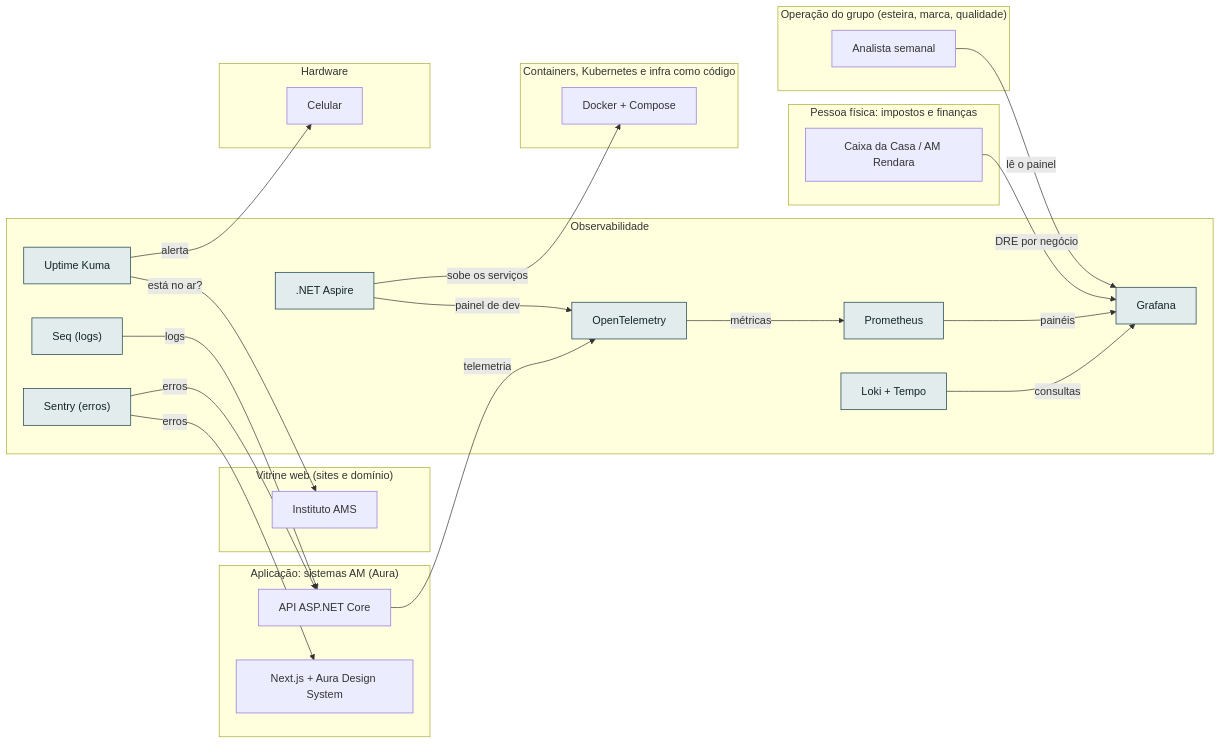
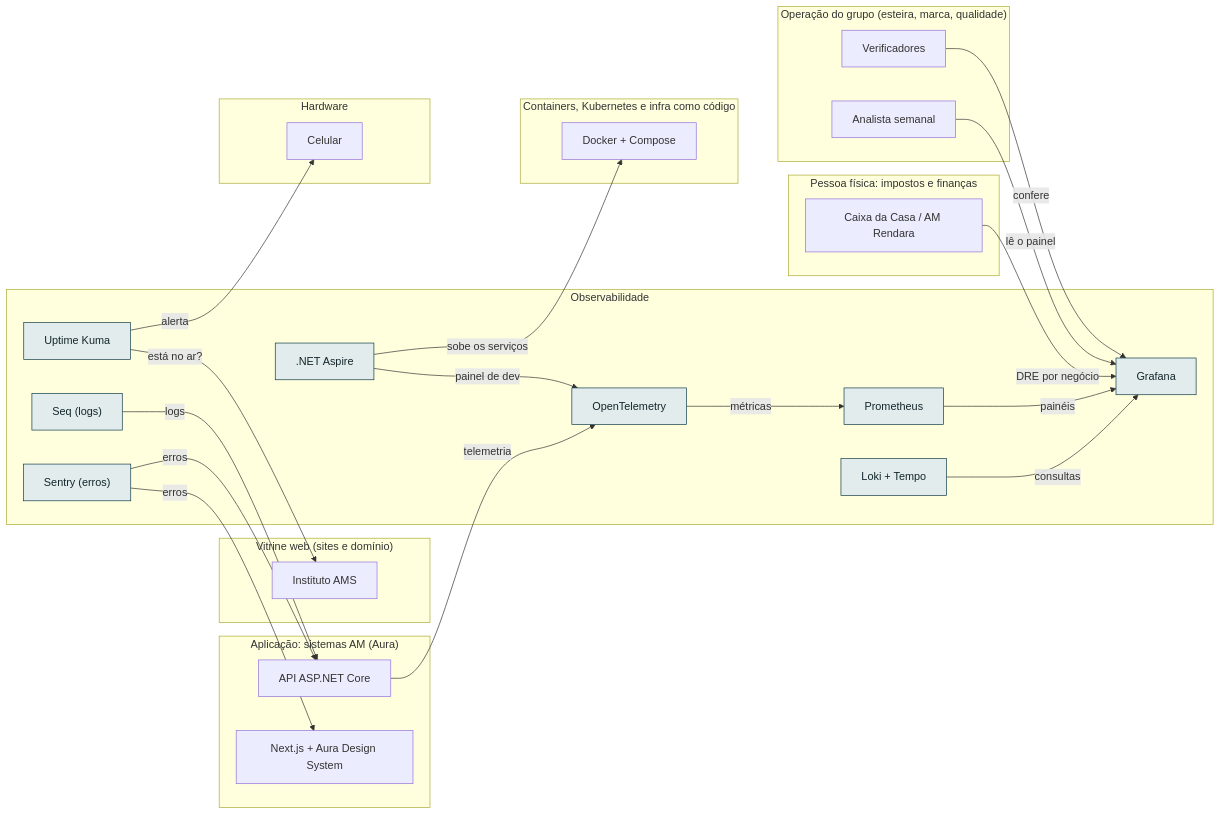
Before and after one commit to AlanMateus17/dev-setup: the diagram in docs/camadas/09-obs.md, drawn with Mermaid. The commit also changed other lines of this file and 41 other files, not shown here.

````diff
--- a/docs/camadas/09-obs.md
+++ b/docs/camadas/09-obs.md
@@ -14,47 +14,49 @@
 ```mermaid
 flowchart LR
   subgraph L_obs["Observabilidade"]
     n_sentry["Sentry (erros)"]
     n_kuma["Uptime Kuma"]
     n_seq["Seq (logs)"]
     n_loki["Loki + Tempo"]
     n_otel["OpenTelemetry"]
     n_prom["Prometheus"]
     n_graf["Grafana"]
     n_aspire[".NET Aspire"]
   end
   subgraph L_oper["Operação do grupo (esteira, marca, qualidade)"]
     n_oanal["Analista semanal"]
+    n_overif["Verificadores"]
   end
   subgraph L_emp["Pessoa física: impostos e finanças"]
     n_caixa["Caixa da Casa / AM Rendara"]
   end
   subgraph L_web["Vitrine web (sites e domínio)"]
     n_inst["Instituto AMS"]
   end
   subgraph L_app["Aplicação: sistemas AM (Aura)"]
     n_api["API ASP.NET Core"]
     n_front["Next.js + Aura Design System"]
   end
   subgraph L_cnt["Containers, Kubernetes e infra como código"]
     n_docker["Docker + Compose"]
   end
   subgraph L_hw["Hardware"]
     n_cel["Celular"]
   end
   n_sentry -->|"erros"| n_api
   n_sentry -->|"erros"| n_front
   n_kuma -->|"está no ar?"| n_inst
   n_kuma -->|"alerta"| n_cel
   n_seq -->|"logs"| n_api
   n_loki -->|"consultas"| n_graf
   n_otel -->|"métricas"| n_prom
   n_api -->|"telemetria"| n_otel
   n_aspire -->|"painel de dev"| n_otel
   n_prom -->|"painéis"| n_graf
   n_caixa -->|"DRE por negócio"| n_graf
   n_oanal -->|"lê o painel"| n_graf
+  n_overif -->|"confere"| n_graf
   n_aspire -->|"sobe os serviços"| n_docker
   classDef desta fill:#e2ecec,stroke:#0e3a45,color:#13262b
   class n_sentry,n_kuma,n_seq,n_loki,n_otel,n_prom,n_graf,n_aspire desta
 ```
````
